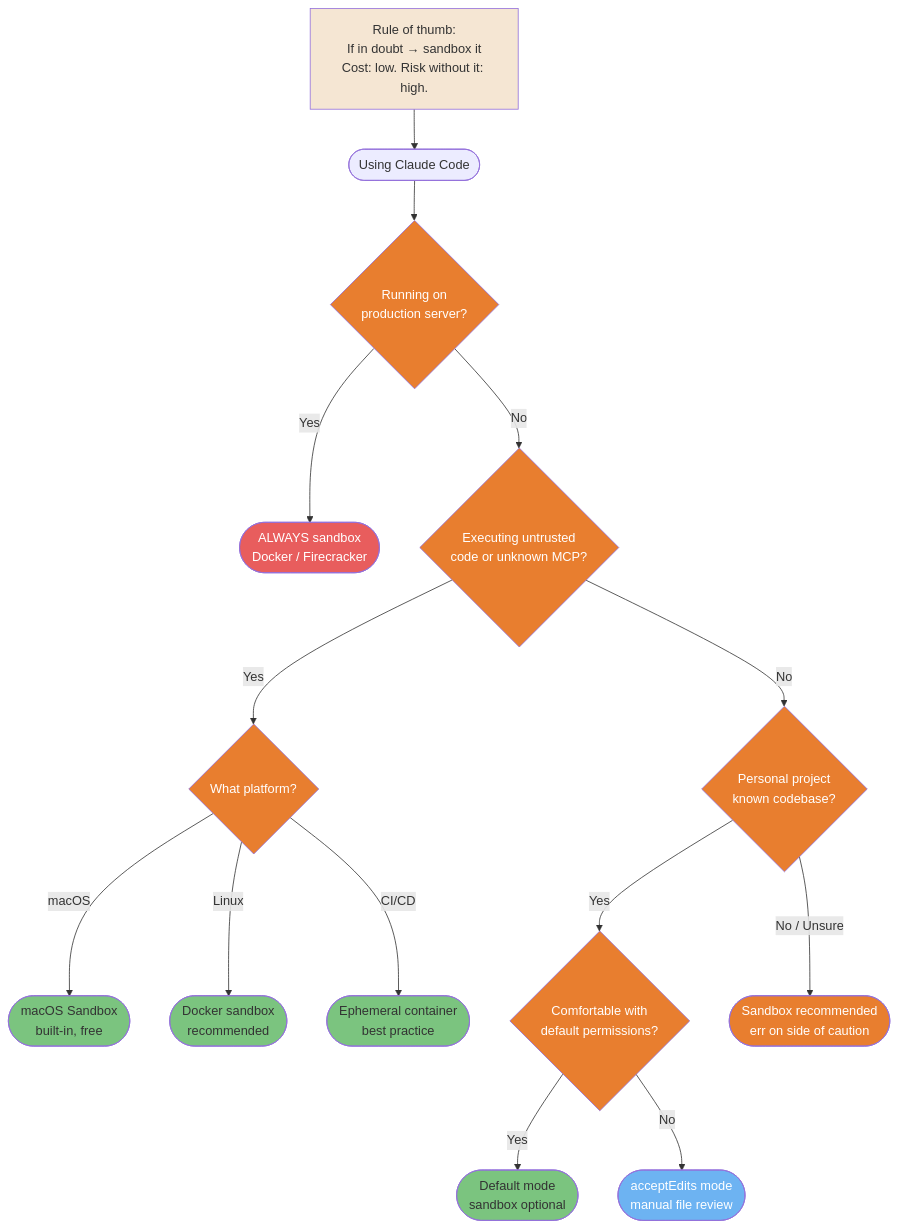
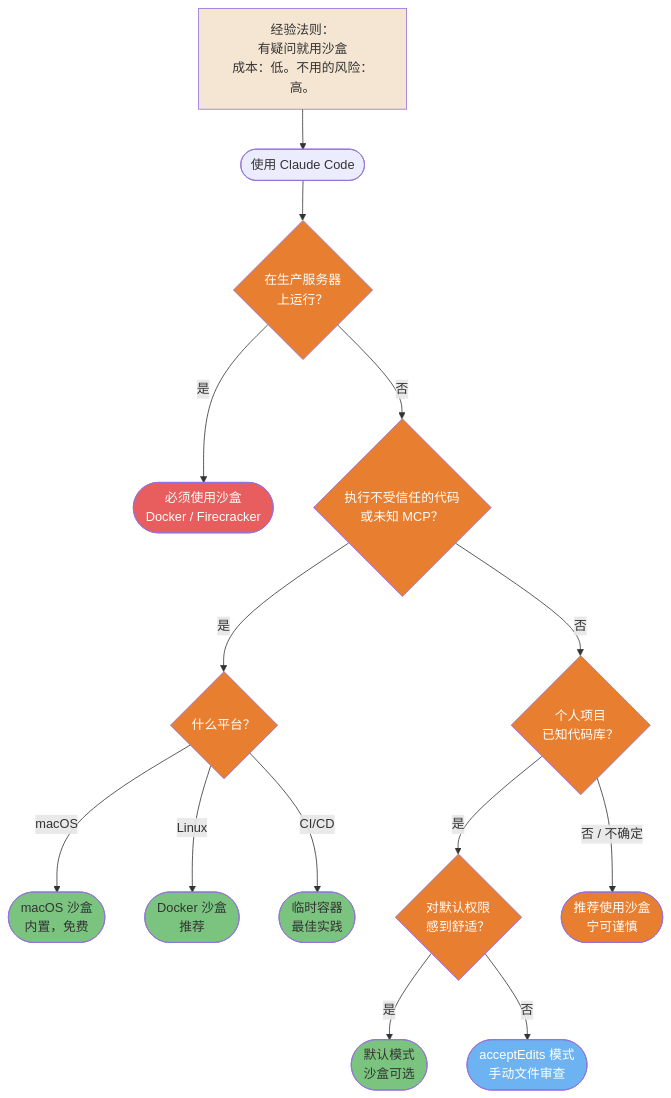
The second of 4 diagrams in claude-code/diagrams/08-security-and-production.md (lawrencewzen/aispark-wiki), drawn with Mermaid before and after one commit. The commit also changed other lines of this file and 82 other files, not shown here.

First line of the commit message:
feat: 完成 claude-code/ 目录全量中文翻译

````diff
--- a/claude-code/diagrams/08-security-and-production.md
+++ b/claude-code/diagrams/08-security-and-production.md
@@ -101,49 +101,49 @@
 ```mermaid
 flowchart TD
-    A([Using Claude Code]) --> B{Running on<br/>production server?}
-    B -->|Yes| C([ALWAYS sandbox<br/>Docker / Firecracker])
-    B -->|No| D{Executing untrusted<br/>code or unknown MCP?}
+    A([使用 Claude Code]) --> B{在生产服务器<br/>上运行？}
+    B -->|是| C([必须使用沙盒<br/>Docker / Firecracker])
+    B -->|否| D{执行不受信任的代码<br/>或未知 MCP？}
 
-    D -->|Yes| E{What platform?}
-    E -->|macOS| F([macOS Sandbox<br/>built-in, free])
-    E -->|Linux| G([Docker sandbox<br/>recommended])
-    E -->|CI/CD| H([Ephemeral container<br/>best practice])
+    D -->|是| E{什么平台？}
+    E -->|macOS| F([macOS 沙盒<br/>内置，免费])
+    E -->|Linux| G([Docker 沙盒<br/>推荐])
+    E -->|CI/CD| H([临时容器<br/>最佳实践])
 
-    D -->|No| I{Personal project<br/>known codebase?}
-    I -->|Yes| J{Comfortable with<br/>default permissions?}
-    J -->|Yes| K([Default mode<br/>sandbox optional])
-    J -->|No| L([acceptEdits mode<br/>manual file review])
+    D -->|否| I{个人项目<br/>已知代码库？}
+    I -->|是| J{对默认权限<br/>感到舒适？}
+    J -->|是| K([默认模式<br/>沙盒可选])
+    J -->|否| L([acceptEdits 模式<br/>手动文件审查])
 
-    I -->|No / Unsure| M([Sandbox recommended<br/>err on side of caution])
+    I -->|否 / 不确定| M([推荐使用沙盒<br/>宁可谨慎])
 
-    NOTE["Rule of thumb:<br/>If in doubt → sandbox it<br/>Cost: low. Risk without it: high."] --> A
+    NOTE["经验法则：<br/>有疑问就用沙盒<br/>成本：低。不用的风险：高。"] --> A
 
     style C fill:#E85D5D,color:#fff
     style F fill:#7BC47F,color:#333
     style G fill:#7BC47F,color:#333
     style H fill:#7BC47F,color:#333
     style K fill:#7BC47F,color:#333
     style L fill:#6DB3F2,color:#fff
     style M fill:#E87E2F,color:#fff
     style B fill:#E87E2F,color:#fff
     style D fill:#E87E2F,color:#fff
     style E fill:#E87E2F,color:#fff
     style I fill:#E87E2F,color:#fff
     style J fill:#E87E2F,color:#fff
     style NOTE fill:#F5E6D3,color:#333
 
-    click A href "https://github.com/claude-code-ultimate-guide/claude-code-ultimate-guide/blob/main/guide/security/sandbox-native.md" "Using Claude Code"
-    click B href "https://github.com/claude-code-ultimate-guide/claude-code-ultimate-guide/blob/main/guide/security/sandbox-native.md" "Running on production server?"
-    click C href "https://github.com/claude-code-ultimate-guide/claude-code-ultimate-guide/blob/main/guide/security/sandbox-native.md" "ALWAYS sandbox"
-    click D href "https://github.com/claude-code-ultimate-guide/claude-code-ultimate-guide/blob/main/guide/security/sandbox-native.md" "Executing untrusted code?"
-    click E href "https://github.com/claude-code-ultimate-guide/claude-code-ultimate-guide/blob/main/guide/security/sandbox-native.md" "What platform?"
-    click F href "https://github.com/claude-code-ultimate-guide/claude-code-ultimate-guide/blob/main/guide/security/sandbox-native.md" "macOS Sandbox"
-    click G href "https://github.com/claude-code-ultimate-guide/claude-code-ultimate-guide/blob/main/guide/security/sandbox-native.md" "Docker sandbox"
-    click H href "https://github.com/claude-code-ultimate-guide/claude-code-ultimate-guide/blob/main/guide/security/sandbox-native.md" "Ephemeral container"
-    click I href "https://github.com/claude-code-ultimate-guide/claude-code-ultimate-guide/blob/main/guide/security/sandbox-native.md" "Personal project?"
-    click J href "https://github.com/claude-code-ultimate-guide/claude-code-ultimate-guide/blob/main/guide/security/sandbox-native.md" "Comfortable with defaults?"
-    click K href "https://github.com/claude-code-ultimate-guide/claude-code-ultimate-guide/blob/main/guide/security/sandbox-native.md" "Default mode"
-    click L href "https://github.com/claude-code-ultimate-guide/claude-code-ultimate-guide/blob/main/guide/security/sandbox-native.md" "acceptEdits mode"
-    click M href "https://github.com/claude-code-ultimate-guide/claude-code-ultimate-guide/blob/main/guide/security/sandbox-native.md" "Sandbox recommended"
-    click NOTE href "https://github.com/claude-code-ultimate-guide/claude-code-ultimate-guide/blob/main/guide/security/sandbox-native.md" "Rule of thumb"
+    click A href "https://github.com/claude-code-ultimate-guide/claude-code-ultimate-guide/blob/main/guide/security/sandbox-native.md" "使用 Claude Code"
+    click B href "https://github.com/claude-code-ultimate-guide/claude-code-ultimate-guide/blob/main/guide/security/sandbox-native.md" "在生产服务器上运行？"
+    click C href "https://github.com/claude-code-ultimate-guide/claude-code-ultimate-guide/blob/main/guide/security/sandbox-native.md" "必须使用沙盒"
+    click D href "https://github.com/claude-code-ultimate-guide/claude-code-ultimate-guide/blob/main/guide/security/sandbox-native.md" "执行不受信任的代码？"
+    click E href "https://github.com/claude-code-ultimate-guide/claude-code-ultimate-guide/blob/main/guide/security/sandbox-native.md" "什么平台？"
+    click F href "https://github.com/claude-code-ultimate-guide/claude-code-ultimate-guide/blob/main/guide/security/sandbox-native.md" "macOS 沙盒"
+    click G href "https://github.com/claude-code-ultimate-guide/claude-code-ultimate-guide/blob/main/guide/security/sandbox-native.md" "Docker 沙盒"
+    click H href "https://github.com/claude-code-ultimate-guide/claude-code-ultimate-guide/blob/main/guide/security/sandbox-native.md" "临时容器"
+    click I href "https://github.com/claude-code-ultimate-guide/claude-code-ultimate-guide/blob/main/guide/security/sandbox-native.md" "个人项目？"
+    click J href "https://github.com/claude-code-ultimate-guide/claude-code-ultimate-guide/blob/main/guide/security/sandbox-native.md" "对默认权限感到舒适？"
+    click K href "https://github.com/claude-code-ultimate-guide/claude-code-ultimate-guide/blob/main/guide/security/sandbox-native.md" "默认模式"
+    click L href "https://github.com/claude-code-ultimate-guide/claude-code-ultimate-guide/blob/main/guide/security/sandbox-native.md" "acceptEdits 模式"
+    click M href "https://github.com/claude-code-ultimate-guide/claude-code-ultimate-guide/blob/main/guide/security/sandbox-native.md" "推荐使用沙盒"
+    click NOTE href "https://github.com/claude-code-ultimate-guide/claude-code-ultimate-guide/blob/main/guide/security/sandbox-native.md" "经验法则"
 ```
````
